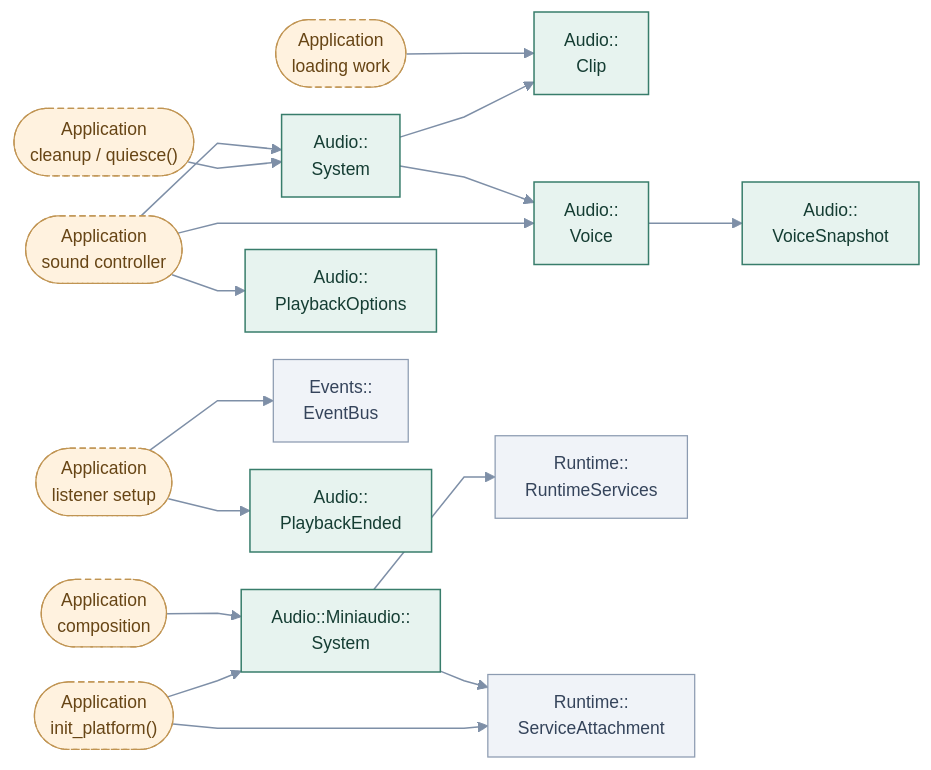
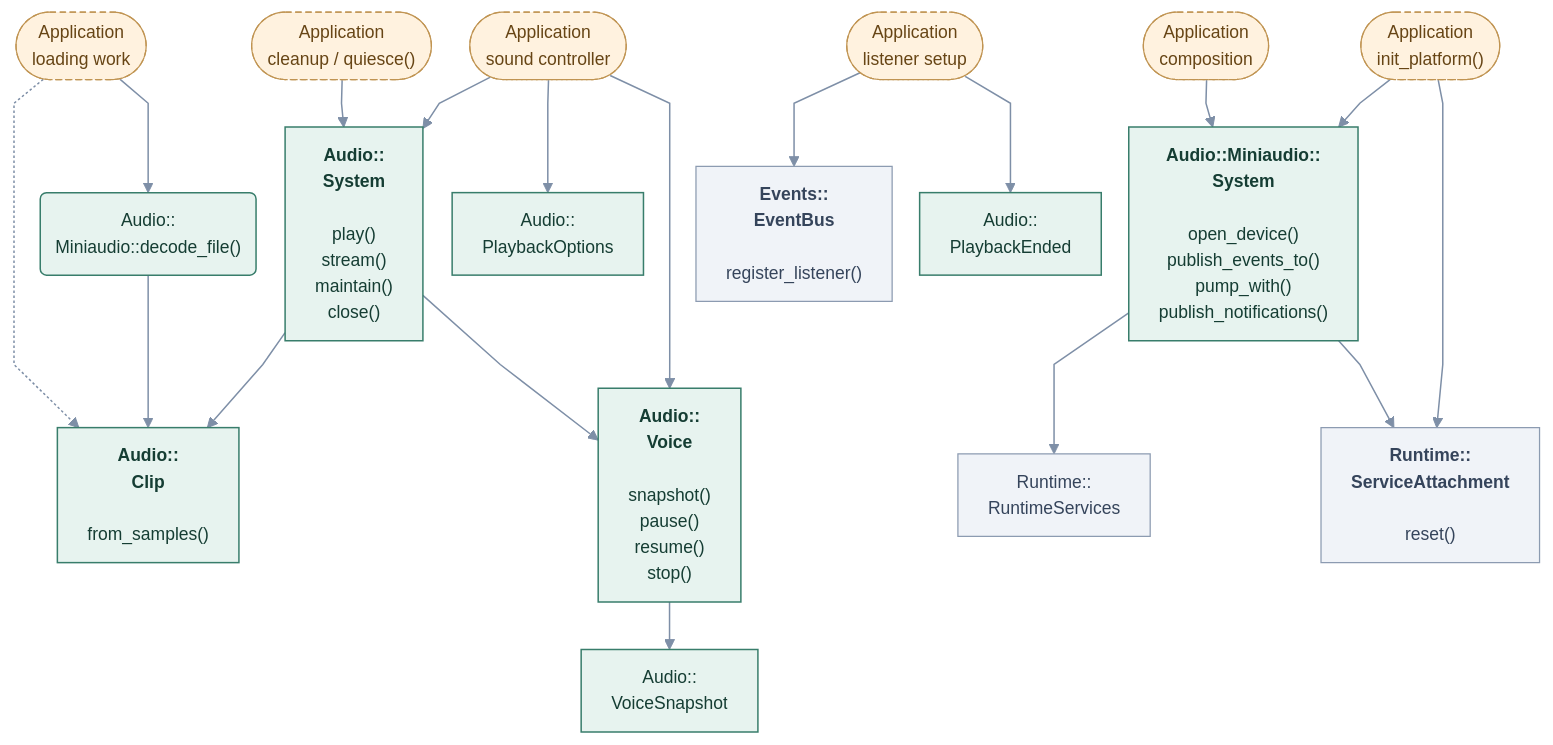
The diagram in docs/site/engine-systems/diagrams/audio-application.mmd (cppcooper/cheryl-engine), drawn with Mermaid before and after one commit. The commit also changed 25 other files, not shown here.

First line of the commit message:
Adds public method entry points to application diagrams

```diff
--- a/docs/site/engine-systems/diagrams/audio-application.mmd
+++ b/docs/site/engine-systems/diagrams/audio-application.mmd
@@ -1,52 +1,55 @@
 ---
 config:
   theme: base
   themeVariables:
     fontFamily: system-ui, sans-serif
     fontSize: 14px
   flowchart:
     htmlLabels: true
     curve: linear
     nodeSpacing: 22
     rankSpacing: 38
     padding: 12
 ---
-flowchart LR
+flowchart TB
     accTitle: Audio · application-owned playback and outcomes
-    accDescr: Arrows point toward dependencies. Application roles are rounded; named API operations have rounded corners. Dashed arrows mark optional choices.
+    accDescr: Arrows point toward the API or type used, not call order or data flow. Methods beneath type names are selected application entry points; Implement hooks marks engine-invoked overrides. Dashed arrows mark optional choices.
     k0(["Application<br/>composition"]):::app
-    k1["Audio::Miniaudio::<br/>System"]:::focal
+    k1["<b>Audio::Miniaudio::<br/>System</b><br/><br/>open_device()<br/>publish_events_to()<br/>pump_with()<br/>publish_notifications()"]:::focal
     k2(["Application<br/>loading work"]):::app
-    k3["Audio::<br/>Clip"]:::focal
-    k4(["Application<br/>sound controller"]):::app
-    k5["Audio::<br/>System"]:::focal
-    k6["Audio::<br/>PlaybackOptions"]:::focal
-    k7["Audio::<br/>Voice"]:::focal
-    k8["Audio::<br/>VoiceSnapshot"]:::focal
-    k9(["Application<br/>listener setup"]):::app
-    k10["Events::<br/>EventBus"]:::neighbor
-    k11["Audio::<br/>PlaybackEnded"]:::focal
-    k12(["Application<br/>init_platform()"]):::app
-    k13["Runtime::<br/>RuntimeServices"]:::neighbor
-    k14["Runtime::<br/>ServiceAttachment"]:::neighbor
-    k15(["Application<br/>cleanup / quiesce()"]):::app
+    k3("Audio::<br/>Miniaudio::decode_file()"):::focal
+    k4["<b>Audio::<br/>Clip</b><br/><br/>from_samples()"]:::focal
+    k5(["Application<br/>sound controller"]):::app
+    k6["<b>Audio::<br/>System</b><br/><br/>play()<br/>stream()<br/>maintain()<br/>close()"]:::focal
+    k7["Audio::<br/>PlaybackOptions"]:::focal
+    k8["<b>Audio::<br/>Voice</b><br/><br/>snapshot()<br/>pause()<br/>resume()<br/>stop()"]:::focal
+    k9["Audio::<br/>VoiceSnapshot"]:::focal
+    k10(["Application<br/>listener setup"]):::app
+    k11["<b>Events::<br/>EventBus</b><br/><br/>register_listener()"]:::neighbor
+    k12["Audio::<br/>PlaybackEnded"]:::focal
+    k13(["Application<br/>init_platform()"]):::app
+    k14["Runtime::<br/>RuntimeServices"]:::neighbor
+    k15["<b>Runtime::<br/>ServiceAttachment</b><br/><br/>reset()"]:::neighbor
+    k16(["Application<br/>cleanup / quiesce()"]):::app
     k0 --> k1
+    k2 -.-> k4
+    k5 --> k6
+    k5 --> k7
+    k6 --> k4
+    k6 --> k8
+    k5 --> k8
+    k8 --> k9
+    k10 --> k11
+    k10 --> k12
+    k13 --> k1
+    k1 --> k14
+    k1 --> k15
+    k13 --> k15
+    k16 --> k6
     k2 --> k3
-    k4 --> k5
-    k4 --> k6
-    k5 --> k3
-    k5 --> k7
-    k4 --> k7
-    k7 --> k8
-    k9 --> k10
-    k9 --> k11
-    k12 --> k1
-    k1 --> k13
-    k1 --> k14
-    k12 --> k14
-    k15 --> k5
+    k3 --> k4
     classDef focal fill:#e7f3ef,stroke:#387d6b,color:#153d33,stroke-width:1.2px
     classDef neighbor fill:#f0f3f8,stroke:#8c9bb1,color:#35445b,stroke-width:1px
     classDef app fill:#fff2df,stroke:#c09452,color:#674515,stroke-dasharray:5 3
     classDef system fill:#eaf0fc,stroke:#617fab,color:#263f69,stroke-width:1.2px
     linkStyle default stroke:#7e8fa7,stroke-width:1.2px
```
